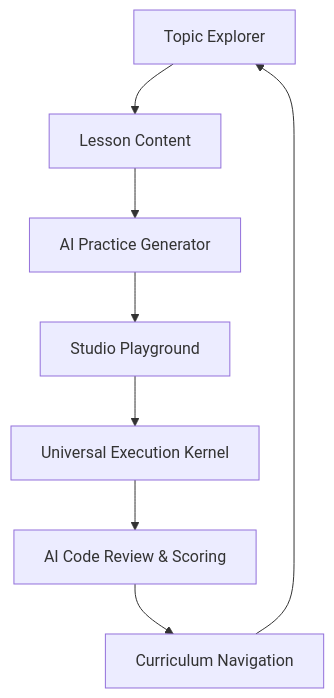
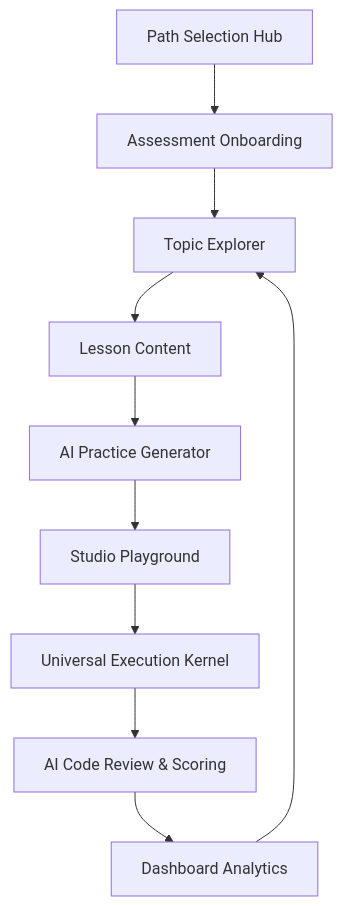
One commit to purushothaman-web/Learning-hub changed the diagram in README.md. Above: the diagram before and after it, drawn with Mermaid. The commit also changed other lines of this file and 35 other files, not shown here.

Commit message:
refactor: migrate to sqlite, implement profile-aware ai instructions, and standardize modular curriculum architecture

````diff
--- a/README.md
+++ b/README.md
@@ -40,10 +42,12 @@
 ```mermaid
 graph TD
-    A[Topic Explorer] --> B[Lesson Content]
-    B --> C[AI Practice Generator]
-    C --> D[Studio Playground]
-    D --> E[Universal Execution Kernel]
-    E --> F[AI Code Review & Scoring]
-    F --> G[Curriculum Navigation]
-    G --> A
+    A[Path Selection Hub] --> B[Assessment Onboarding]
+    B --> C[Topic Explorer]
+    C --> D[Lesson Content]
+    D --> E[AI Practice Generator]
+    E --> F[Studio Playground]
+    F --> G[Universal Execution Kernel]
+    G --> H[AI Code Review & Scoring]
+    H --> I[Dashboard Analytics]
+    I --> C
 ```
````
